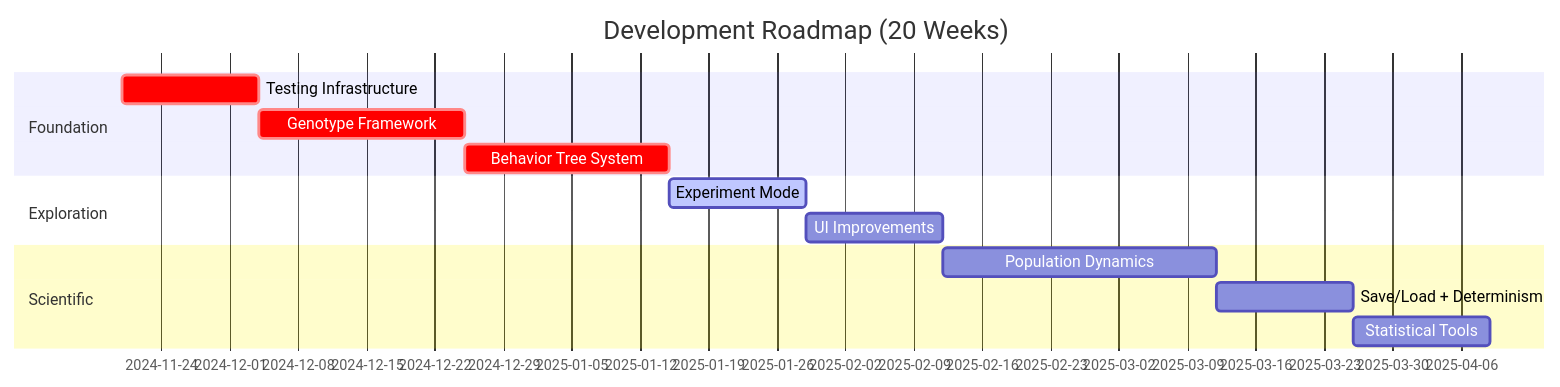
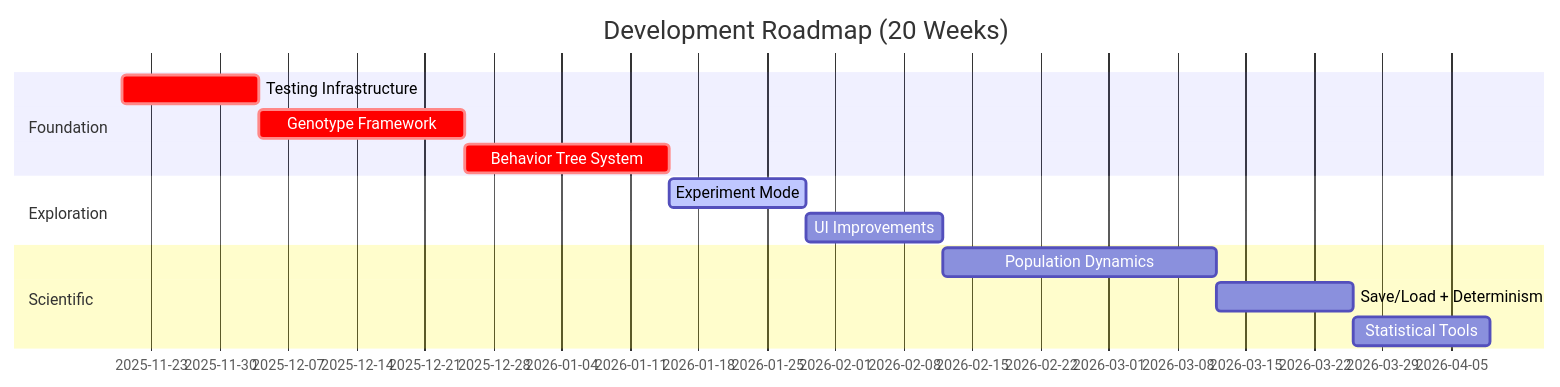
One commit to wfn/avian-polyphony changed the third of 3 diagrams in docs/DEVELOPMENT_ROADMAP.md. Above: the diagram before and after it, drawn with Mermaid. The commit also changed 2 other files, not shown here.

Commit message:
s/2024/2025 (LLM thought it's Nov 2024; I wish)

````diff
--- a/docs/DEVELOPMENT_ROADMAP.md
+++ b/docs/DEVELOPMENT_ROADMAP.md
@@ -163,19 +163,19 @@
 ```mermaid
 gantt
     title Development Roadmap (20 Weeks)
     dateFormat YYYY-MM-DD
 
     section Foundation
-    Testing Infrastructure           :crit, phase1, 2024-11-20, 2w
+    Testing Infrastructure           :crit, phase1, 2025-11-20, 2w
     Genotype Framework               :crit, phase2, after phase1, 3w
     Behavior Tree System             :crit, phase3, after phase2, 3w
 
     section Exploration
     Experiment Mode                  :active, phase4, after phase3, 2w
     UI Improvements                  :phase5, after phase4, 2w
 
     section Scientific
     Population Dynamics              :phase6, after phase5, 4w
     Save/Load + Determinism          :phase7, after phase6, 2w
     Statistical Tools                :phase8, after phase7, 2w
 ```
````
